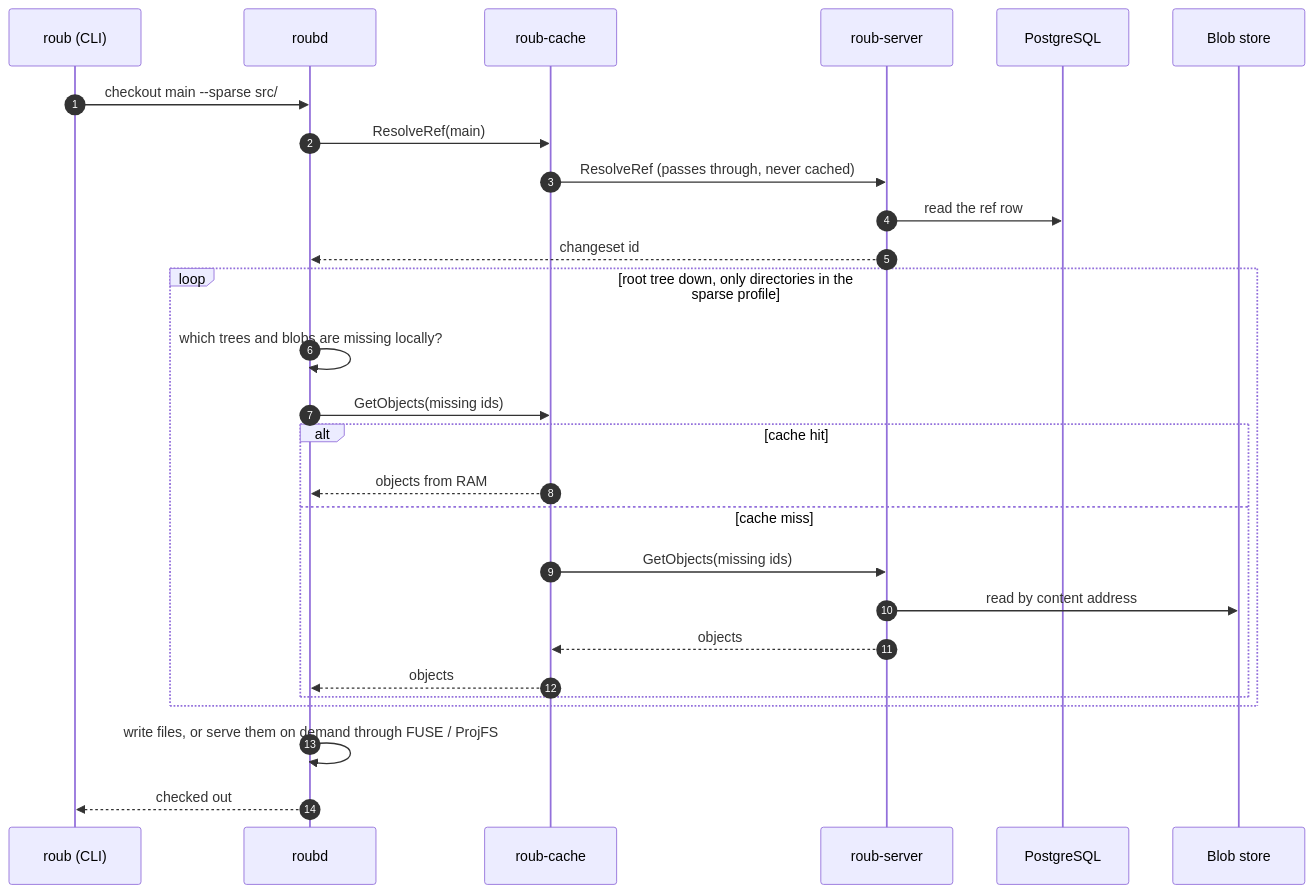
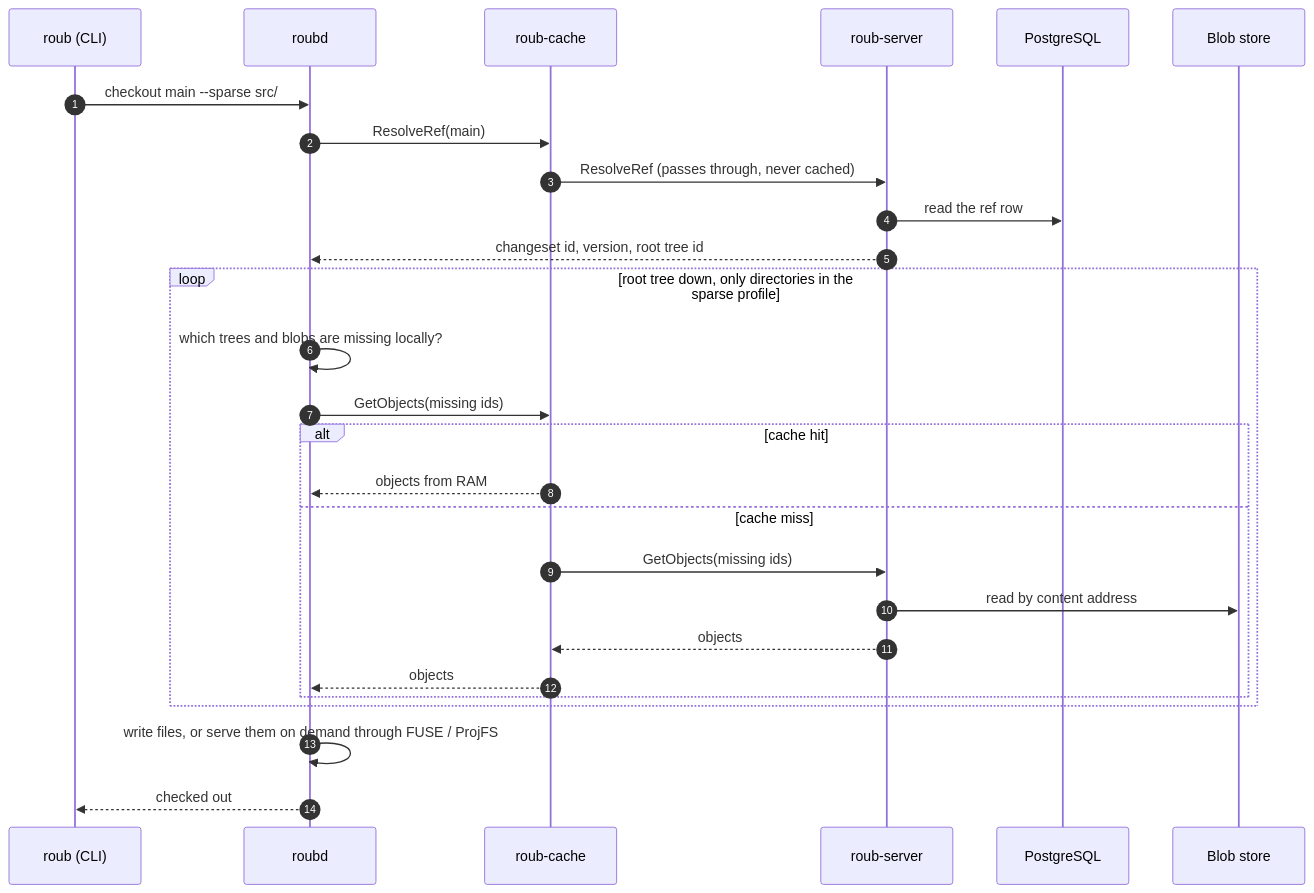
One commit to janecekvit/roub changed the first of 2 diagrams in docs/architecture/README.md. Above: the diagram before and after it, drawn with Mermaid. The commit also changed other lines of this file and 22 other files, not shown here.

````diff
--- a/docs/architecture/README.md
+++ b/docs/architecture/README.md
@@ -21,30 +21,30 @@
 ```mermaid
 sequenceDiagram
     autonumber
     participant CLI as roub (CLI)
     participant D as roubd
     participant C as roub-cache
     participant S as roub-server
     participant M as PostgreSQL
     participant B as Blob store
 
     CLI->>D: checkout main --sparse src/
     D->>C: ResolveRef(main)
     C->>S: ResolveRef (passes through, never cached)
     S->>M: read the ref row
-    S-->>D: changeset id
+    S-->>D: changeset id, version, root tree id
     loop root tree down, only directories in the sparse profile
         D->>D: which trees and blobs are missing locally?
         D->>C: GetObjects(missing ids)
         alt cache hit
             C-->>D: objects from RAM
         else cache miss
             C->>S: GetObjects(missing ids)
             S->>B: read by content address
             S-->>C: objects
             C-->>D: objects
         end
     end
     D->>D: write files, or serve them on demand through FUSE / ProjFS
     D-->>CLI: checked out
 ```
````
